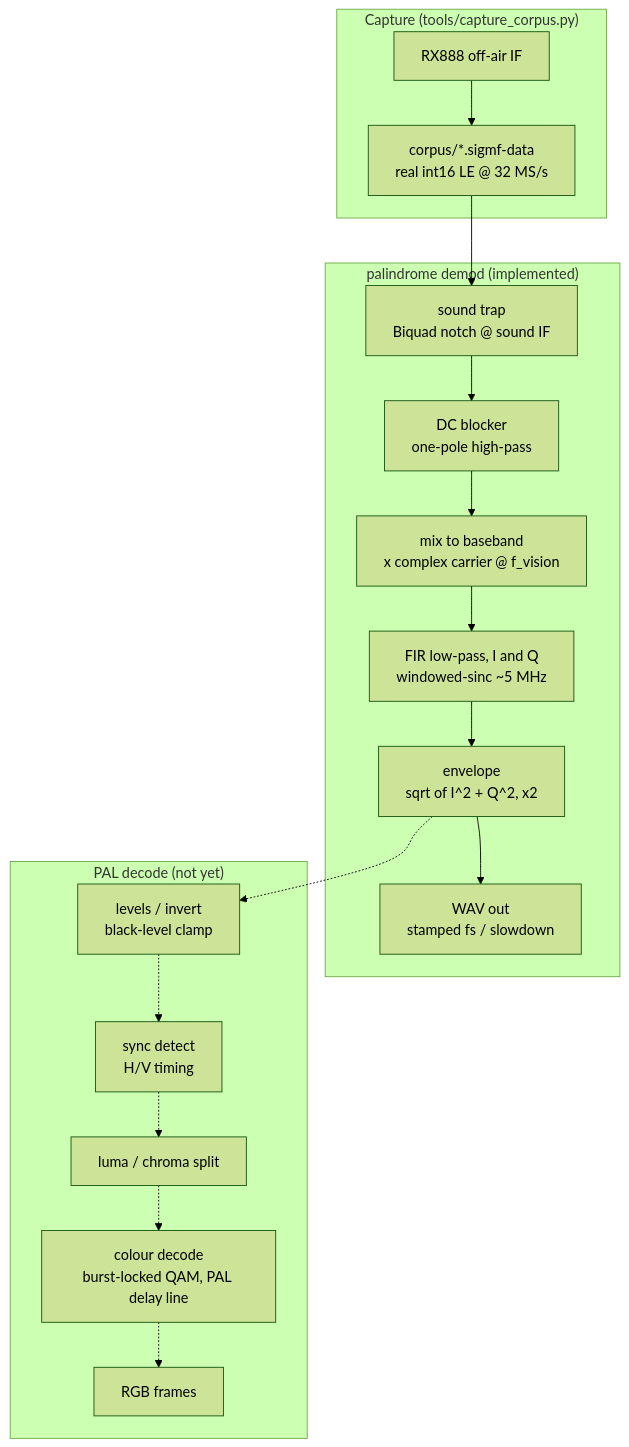
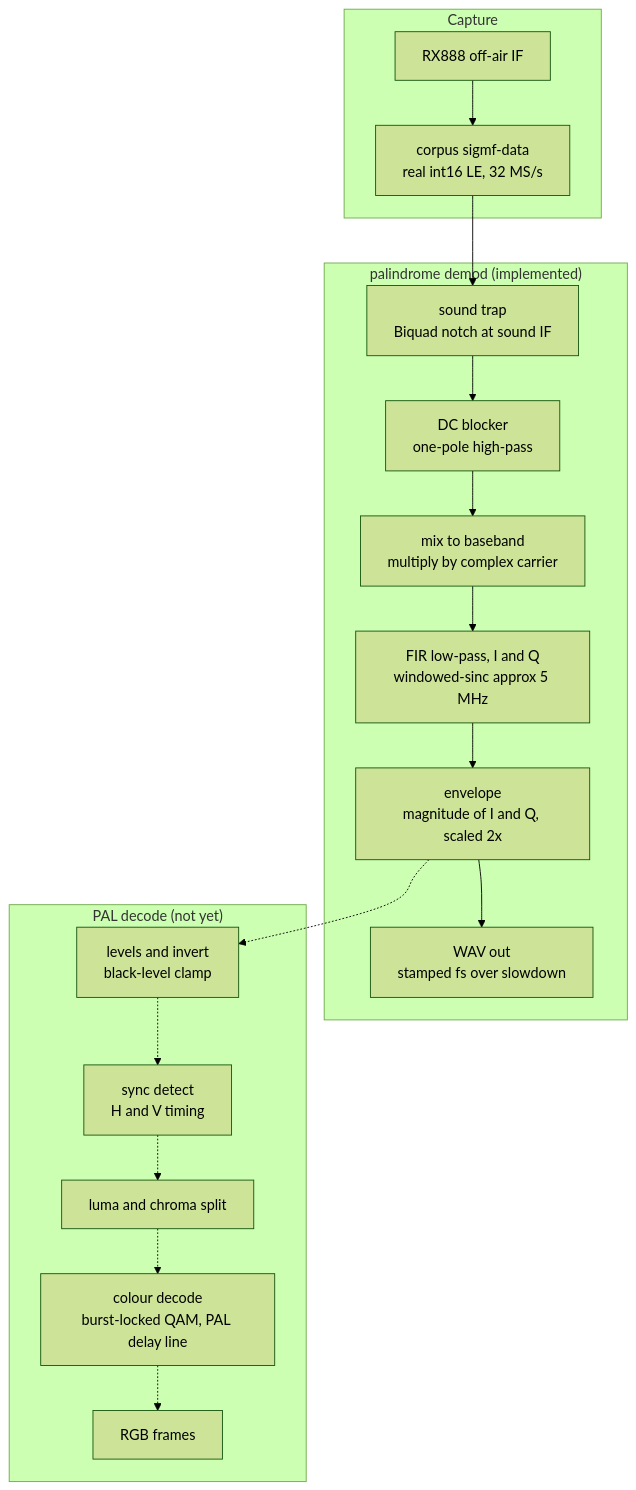
One commit to mattgodbolt/PALindrome changed the diagram in README.md. Above: the diagram before and after it, drawn with Mermaid (forest theme).

Commit message:
Try new mermaid chars

````diff
--- a/README.md
+++ b/README.md
@@ -45,23 +45,23 @@
 ```mermaid
 flowchart TD
-    subgraph cap["Capture (tools/capture_corpus.py)"]
-      RF["RX888 off-air IF"] --> SIGMF["corpus/*.sigmf-data<br/>real int16 LE @ 32 MS/s"]
+    subgraph cap["Capture"]
+      RF["RX888 off-air IF"] --> SIGMF["corpus sigmf-data<br/>real int16 LE, 32 MS/s"]
     end
 
     subgraph demod["palindrome demod (implemented)"]
-      SIGMF --> TRAP["sound trap<br/>Biquad notch @ sound IF"]
+      SIGMF --> TRAP["sound trap<br/>Biquad notch at sound IF"]
       TRAP --> DC["DC blocker<br/>one-pole high-pass"]
-      DC --> MIX["mix to baseband<br/>x complex carrier @ f_vision"]
-      MIX --> LP["FIR low-pass, I and Q<br/>windowed-sinc ~5 MHz"]
-      LP --> MAG["envelope<br/>sqrt of I^2 + Q^2, x2"]
-      MAG --> WAV["WAV out<br/>stamped fs / slowdown"]
+      DC --> MIX["mix to baseband<br/>multiply by complex carrier"]
+      MIX --> LP["FIR low-pass, I and Q<br/>windowed-sinc approx 5 MHz"]
+      LP --> MAG["envelope<br/>magnitude of I and Q, scaled 2x"]
+      MAG --> WAV["WAV out<br/>stamped fs over slowdown"]
     end
 
     subgraph todo["PAL decode (not yet)"]
-      MAG -.-> LVL["levels / invert<br/>black-level clamp"]
-      LVL -.-> SYNC["sync detect<br/>H/V timing"]
-      SYNC -.-> SEP["luma / chroma split"]
+      MAG -.-> LVL["levels and invert<br/>black-level clamp"]
+      LVL -.-> SYNC["sync detect<br/>H and V timing"]
+      SYNC -.-> SEP["luma and chroma split"]
       SEP -.-> COL["colour decode<br/>burst-locked QAM, PAL delay line"]
       COL -.-> RGB["RGB frames"]
     end
 ```
````
